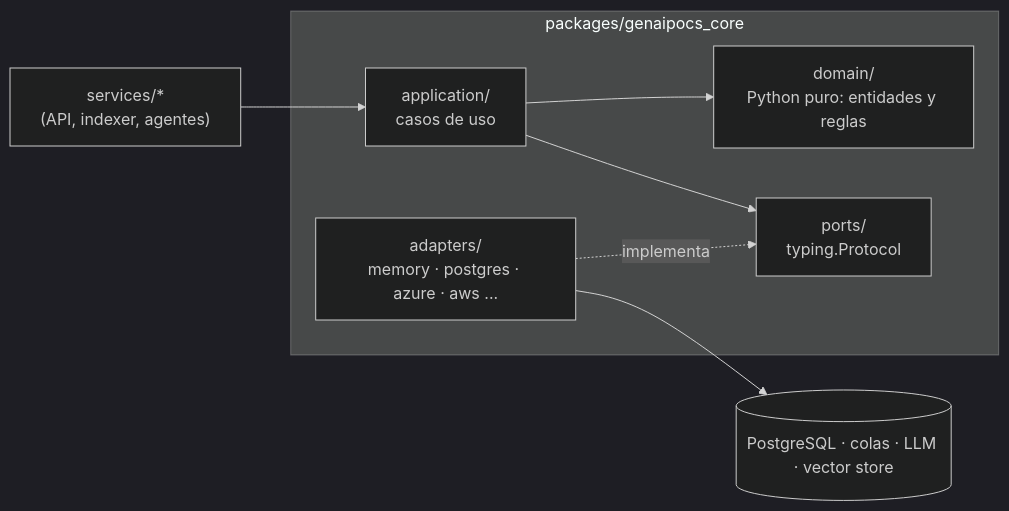
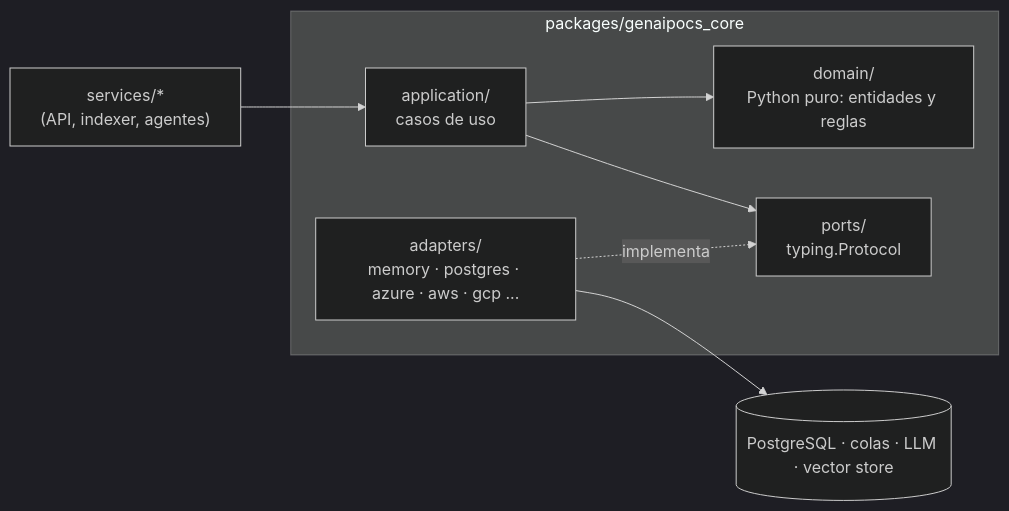
The diagram in docs/fase-0-cimientos.md (SergioVelmay/GenAI_PoCs), drawn with Mermaid (dark theme) before and after one commit. The commit also changed other lines of this file and 23 other files, not shown here.

````diff
--- a/docs/fase-0-cimientos.md
+++ b/docs/fase-0-cimientos.md
@@ -14,14 +14,14 @@
 ```mermaid
 flowchart LR
   subgraph core["packages/genaipocs_core"]
     D["domain/<br/>Python puro: entidades y reglas"]
     A["application/<br/>casos de uso"]
     P["ports/<br/>typing.Protocol"]
-    AD["adapters/<br/>memory · postgres · azure · aws ..."]
+    AD["adapters/<br/>memory · postgres · azure · aws · gcp ..."]
   end
   S["services/*<br/>(API, indexer, agentes)"] --> A
   A --> D
   A --> P
   AD -. implementa .-> P
   AD --> X[(PostgreSQL · colas · LLM · vector store)]
 ```
````
